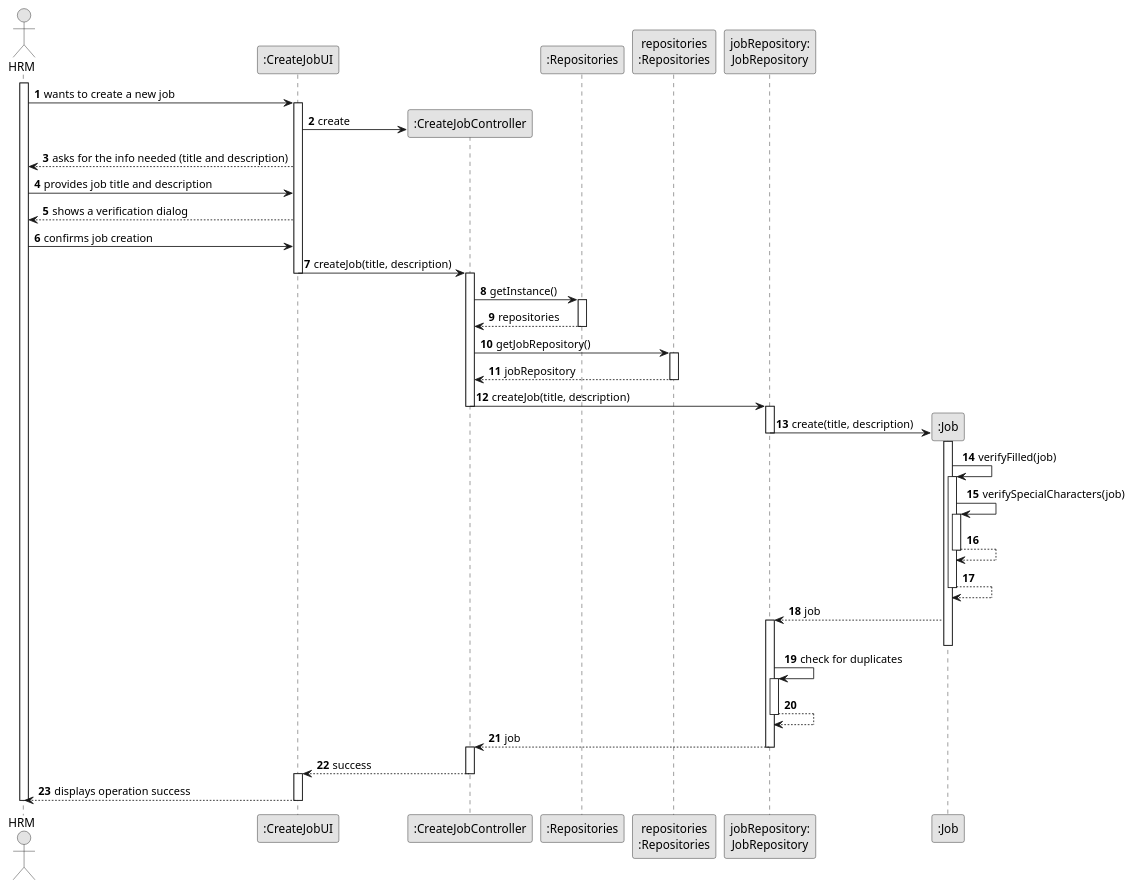
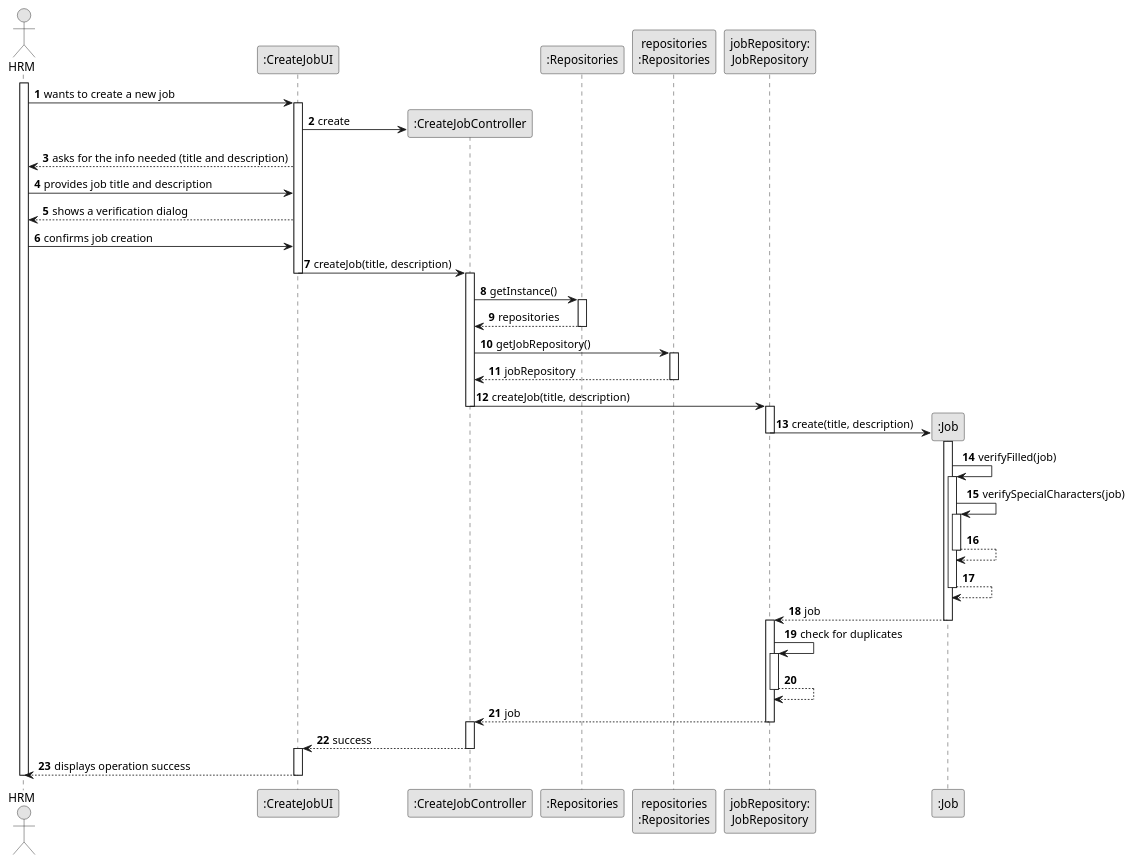
The diagram in docs/sprintB/us002/03.design/puml/us002-sequence-diagram-full.puml (ricardomm7/leaflink), drawn with PlantUML before and after one commit. The commit also changed 70 other files, not shown here.

```diff
--- a/docs/sprintB/us002/03.design/puml/us002-sequence-diagram-full.puml
+++ b/docs/sprintB/us002/03.design/puml/us002-sequence-diagram-full.puml
@@ -1,79 +1,80 @@
 @startuml
 skinparam monochrome true
 skinparam packageStyle rectangle
 skinparam shadowing false
 
 autonumber
 
 'hide footbox
 actor "HRM" as Employee
 participant ":CreateJobUI" as UI
 participant ":CreateJobController" as CTRL
 participant ":Repositories" as GlobRepo
 participant "repositories\n:Repositories" as PLAT
 participant "jobRepository:\nJobRepository" as jobRepository
 participant ":Job" as Job
 
 activate Employee
 Employee -> UI : wants to create a new job
 activate UI
 UI -> CTRL** : create
 UI --> Employee : asks for the info needed (title and description)
 Employee -> UI : provides job title and description
 UI --> Employee : shows a verification dialog
 Employee -> UI : confirms job creation
 
 
 UI -> CTRL : createJob(title, description)
 deactivate UI
 activate CTRL
 CTRL -> GlobRepo : getInstance()
 activate GlobRepo
 GlobRepo --> CTRL : repositories
 deactivate GlobRepo
 
 CTRL -> PLAT : getJobRepository()
 activate PLAT
 PLAT -->  CTRL: jobRepository
 deactivate PLAT
 
 CTRL -> jobRepository : createJob(title, description)
 deactivate CTRL
 activate jobRepository
 
     jobRepository -> Job** : create(title, description)
     deactivate jobRepository
 
         activate Job
 
     Job -> Job : verifyFilled(job)
         activate Job
         Job -> Job : verifySpecialCharacters(job)
         activate Job
         Job --> Job
         deactivate Job
     Job --> Job
     deactivate Job
     'Job -> Job : addJob(job)
     Job --> jobRepository : job
+    deactivate Job
     activate jobRepository
-    deactivate Job
+
     jobRepository -> jobRepository : check for duplicates
     activate jobRepository
     jobRepository --> jobRepository
     deactivate jobRepository
     deactivate Job
 jobRepository --> CTRL : job
 deactivate jobRepository
 activate CTRL
 deactivate jobRepository
 
 CTRL --> UI : success
 deactivate CTRL
 activate UI
 UI --> Employee : displays operation success
 
 deactivate UI
 deactivate Employee
 
 @enduml
```
